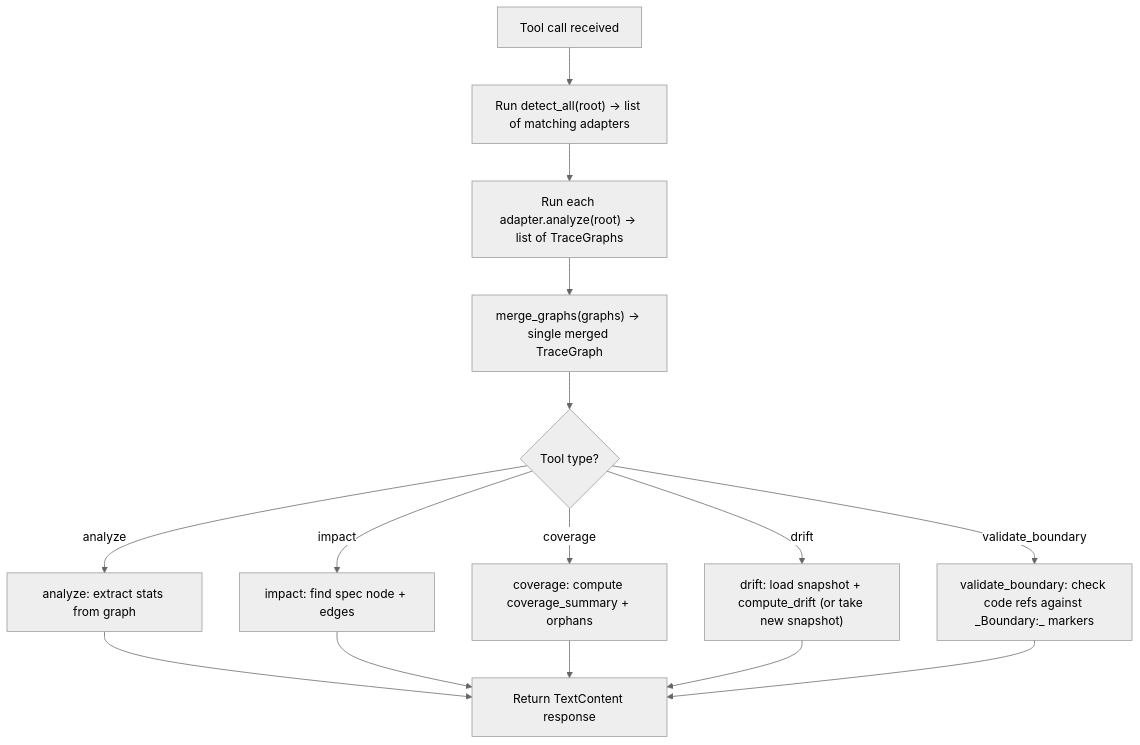
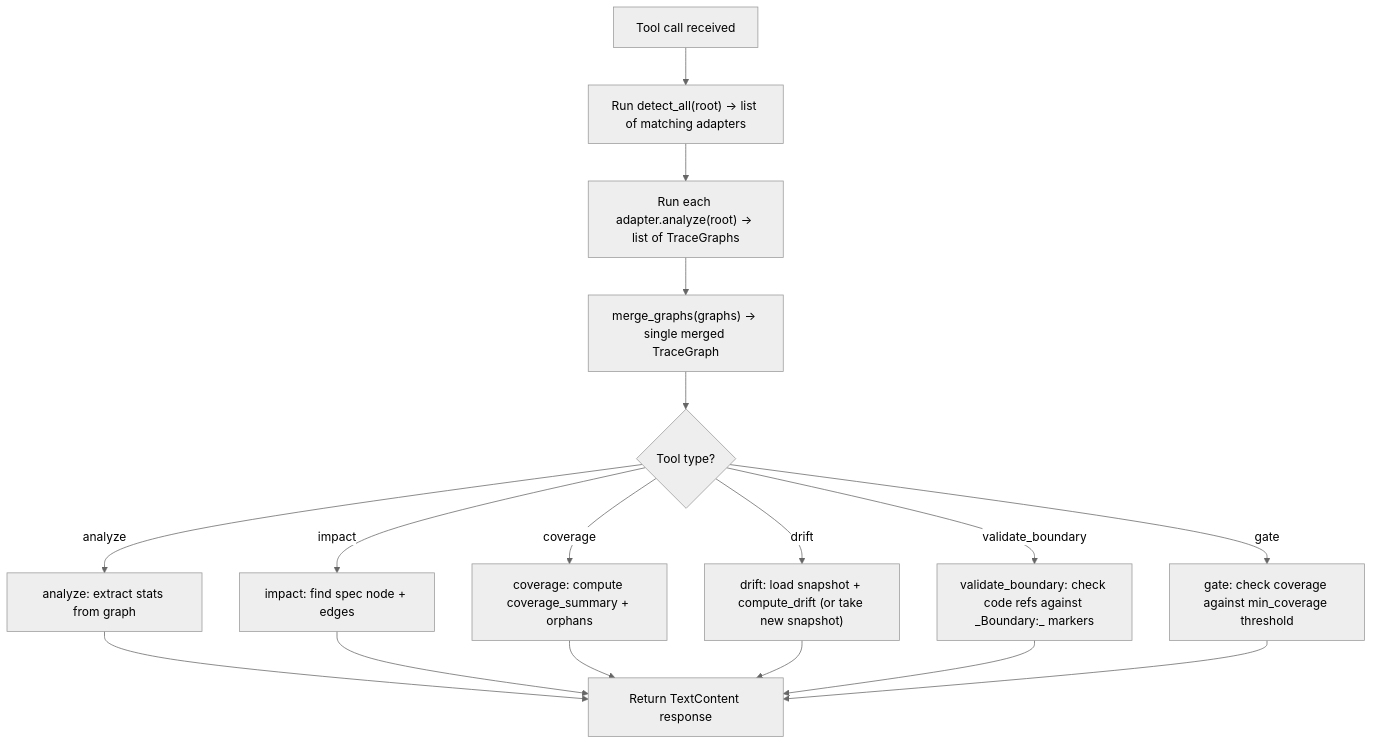
The second of 2 diagrams in docs/en/10-mcp-integration.md (nekolife1984/specbridge), drawn with Mermaid (neutral theme) before and after one commit. The commit also changed other lines of this file and 12 other files, not shown here.

First line of the commit message:
feat: specbridge coverage --gate — カバレッジゲートチェックコマンド追加 (#44)

````diff
--- a/docs/en/10-mcp-integration.md
+++ b/docs/en/10-mcp-integration.md
@@ -136,28 +145,31 @@
 ```mermaid
 flowchart TB
     CALL["Tool call received"]
     DA["Run detect_all(root) → list of matching adapters"]
     AN["Run each adapter.analyze(root) → list of TraceGraphs"]
     MG["merge_graphs(graphs) → single merged TraceGraph"]
 
     BRANCH{"Tool type?"}
     ANA["analyze: extract stats from graph"]
     IMP["impact: find spec node + edges"]
     COV["coverage: compute coverage_summary + orphans"]
     DRI["drift: load snapshot + compute_drift (or take new snapshot)"]
     VB["validate_boundary: check code refs against _Boundary:_ markers"]
+    GATE["gate: check coverage against min_coverage threshold"]
 
     RESP["Return TextContent response"]
 
     CALL --> DA --> AN --> MG --> BRANCH
     BRANCH -->|analyze| ANA
     BRANCH -->|impact| IMP
     BRANCH -->|coverage| COV
     BRANCH -->|drift| DRI
     BRANCH -->|validate_boundary| VB
+    BRANCH -->|gate| GATE
     ANA --> RESP
     IMP --> RESP
     COV --> RESP
     DRI --> RESP
     VB --> RESP
+    GATE --> RESP
 ```
````
